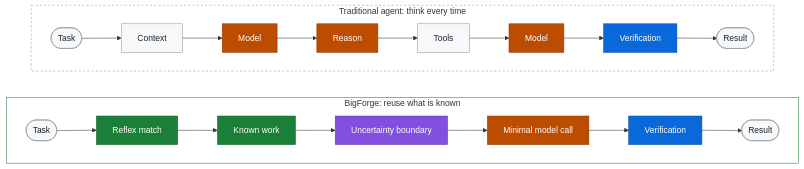
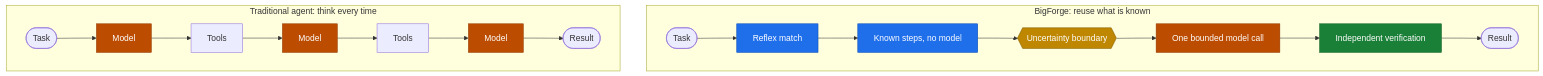
Before and after one commit to snowjug/BigForge: the first of 3 diagrams in README.md, drawn with Mermaid. The commit also changed other lines of this file and 1 other file, not shown here.

````diff
--- a/README.md
+++ b/README.md
@@ -24,24 +24,20 @@
 ```mermaid
-flowchart TB
+flowchart LR
     subgraph TRAD["Traditional agent: think every time"]
         direction LR
-        T1([Task]) --> T2[Context] --> T3[Model] --> T4[Reason] --> T5[Tools] --> T6[Model] --> T7[Verification] --> T8([Result])
+        T1([Task]) --> T2[Model] --> T3[Tools] --> T4[Model] --> T5[Tools] --> T6[Model] --> T7([Result])
     end
     subgraph BF["BigForge: reuse what is known"]
         direction LR
-        B1([Task]) --> B2[Reflex match] --> B3[Known work] --> B4[Uncertainty boundary] --> B5[Minimal model call] --> B6[Verification] --> B7([Result])
+        B1([Task]) --> B2[Reflex match] --> B3[Known steps, no model] --> B4{{Uncertainty boundary}} --> B5[One bounded model call] --> B6[Independent verification] --> B7([Result])
     end
     TRAD ~~~ BF
-    classDef plain fill:#f6f8fa,stroke:#8c959f,color:#1f2328;
     classDef spend fill:#bc4c00,stroke:#953800,color:#ffffff;
-    classDef known fill:#1a7f37,stroke:#116329,color:#ffffff;
-    classDef edge fill:#8250df,stroke:#6639ba,color:#ffffff;
-    classDef check fill:#0969da,stroke:#0550ae,color:#ffffff;
-    class T1,T2,T5,T8,B1,B7 plain;
-    class T3,T4,T6,B5 spend;
+    classDef known fill:#1f6feb,stroke:#0b4cb3,color:#ffffff;
+    classDef edge fill:#bf8700,stroke:#7d5a00,color:#ffffff;
+    classDef check fill:#1a7f37,stroke:#116329,color:#ffffff;
+    class T2,T4,T6,B5 spend;
     class B2,B3 known;
     class B4 edge;
-    class T7,B6 check;
-    style TRAD fill:none,stroke:#8c959f,stroke-dasharray:4 4;
-    style BF fill:none,stroke:#1a7f37;
+    class B6 check;
 ```
````
